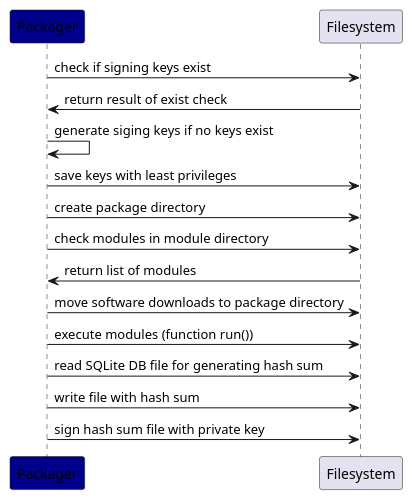
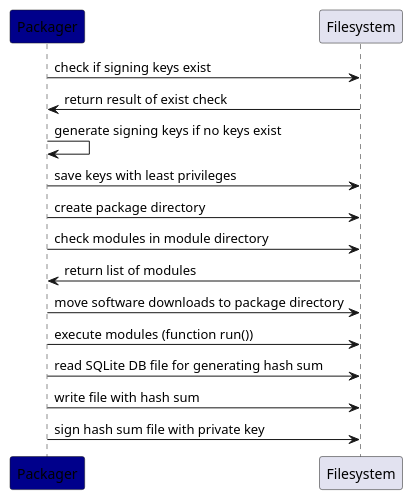
One commit to berkholz/Aid changed the diagram in doc/diagrams/packager_sequence.puml. Above: the diagram before and after it, drawn with PlantUML. The commit also changed 6 other files, not shown here.

```diff
--- a/doc/diagrams/packager_sequence.puml
+++ b/doc/diagrams/packager_sequence.puml
@@ -1,19 +1,19 @@
 @startuml
 
 participant Packager #darkblue
 participant Filesystem
 
 Packager -> Filesystem : check if signing keys exist
 Filesystem -> Packager : return result of exist check
-Packager -> Packager : generate siging keys if no keys exist
+Packager -> Packager : generate signing keys if no keys exist
 Packager -> Filesystem : save keys with least privileges
 Packager -> Filesystem : create package directory
 Packager -> Filesystem : check modules in module directory
 Filesystem -> Packager : return list of modules
 Packager -> Filesystem : move software downloads to package directory
 Packager -> Filesystem : execute modules (function run())
 Packager -> Filesystem : read SQLite DB file for generating hash sum
 Packager -> Filesystem : write file with hash sum
 Packager -> Filesystem : sign hash sum file with private key
 
 @enduml
```
